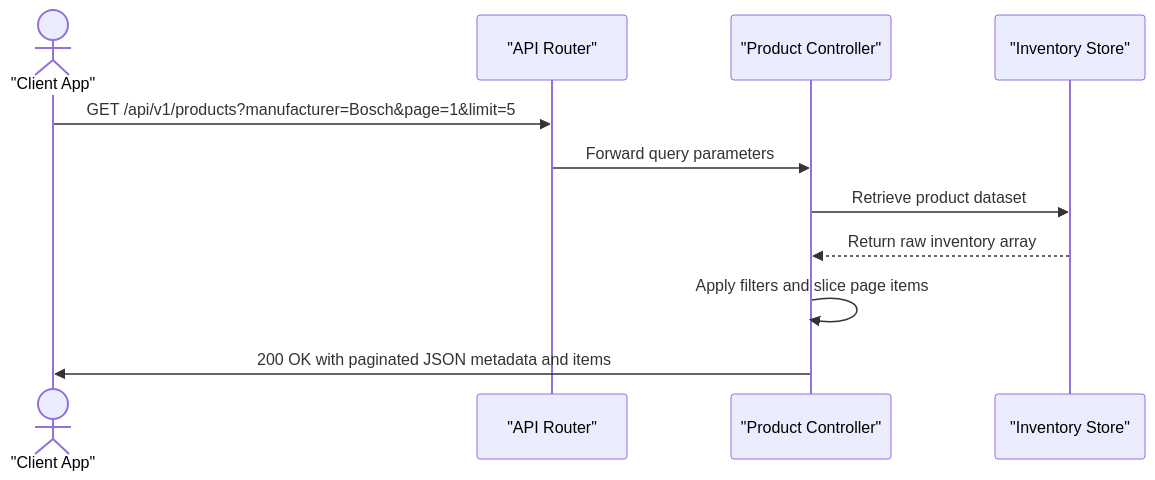
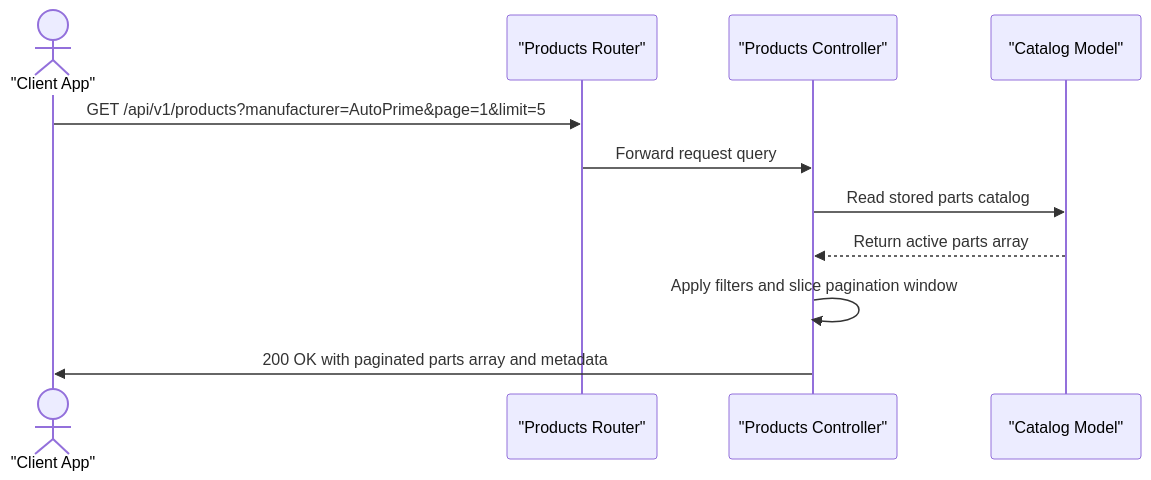
One commit to Aisdev979/e-commerce_store_api changed the second of 3 diagrams in README.md. Above: the diagram before and after it, drawn with Mermaid. The commit also changed other lines of this file, not shown here.

````diff
--- a/README.md
+++ b/README.md
@@ -32,14 +36,14 @@
 ```mermaid
 sequenceDiagram
-  actor User as "Client App"
-  participant Router as "API Router"
-  participant Controller as "Product Controller"
-  participant Store as "Inventory Store"
+  actor Client as "Client App"
+  participant Router as "Products Router"
+  participant Controller as "Products Controller"
+  participant Model as "Catalog Model"
 
-  User->>Router: GET /api/v1/products?manufacturer=Bosch&page=1&limit=5
-  Router->>Controller: Forward query parameters
-  Controller->>Store: Retrieve product dataset
-  Store-->>Controller: Return raw inventory array
-  Controller->>Controller: Apply filters and slice page items
-  Controller->>User: 200 OK with paginated JSON metadata and items
+  Client->>Router: GET /api/v1/products?manufacturer=AutoPrime&page=1&limit=5
+  Router->>Controller: Forward request query
+  Controller->>Model: Read stored parts catalog
+  Model-->>Controller: Return active parts array
+  Controller->>Controller: Apply filters and slice pagination window
+  Controller->>Client: 200 OK with paginated parts array and metadata
 ```
````
